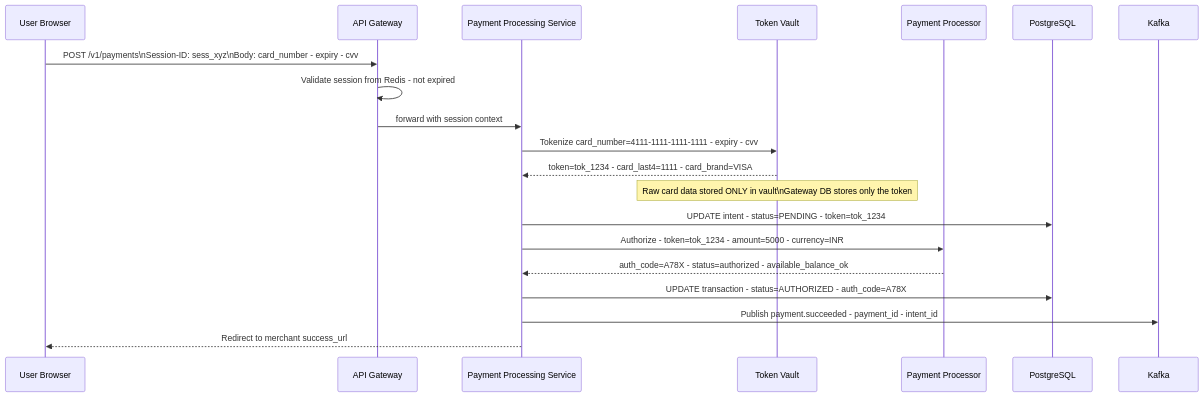
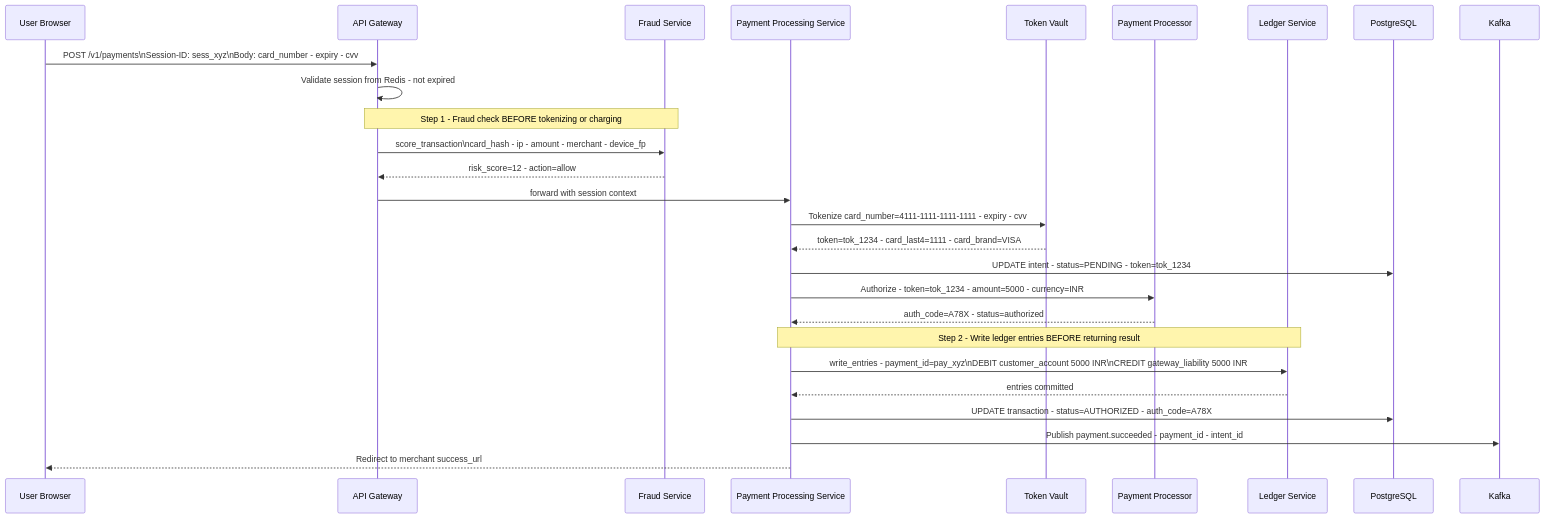
Before and after one commit to shyamalm88/MechineCoding: the fifth of 8 diagrams in system-design/payment-gateway-stripe.md, drawn with Mermaid. The commit also changed other lines of this file and 1 other file, not shown here.

Commit message:
updated payment gateway, config driven shopping cart

````diff
--- a/system-design/payment-gateway-stripe.md
+++ b/system-design/payment-gateway-stripe.md
@@ -318,26 +367,35 @@
 ```mermaid
 sequenceDiagram
     participant User as User Browser
     participant GW as API Gateway
+    participant Fraud as Fraud Service
     participant PPS as Payment Processing Service
     participant Vault as Token Vault
     participant Processor as Payment Processor
+    participant Ledger as Ledger Service
     participant DB as PostgreSQL
     participant Kafka as Kafka
 
     User->>GW: POST /v1/payments\nSession-ID: sess_xyz\nBody: card_number - expiry - cvv
     GW->>GW: Validate session from Redis - not expired
+
+    Note over GW,Fraud: Step 1 - Fraud check BEFORE tokenizing or charging
+    GW->>Fraud: score_transaction\ncard_hash - ip - amount - merchant - device_fp
+    Fraud-->>GW: risk_score=12 - action=allow
+
     GW->>PPS: forward with session context
-
     PPS->>Vault: Tokenize card_number=4111-1111-1111-1111 - expiry - cvv
     Vault-->>PPS: token=tok_1234 - card_last4=1111 - card_brand=VISA
-    Note over Vault: Raw card data stored ONLY in vault\nGateway DB stores only the token
 
     PPS->>DB: UPDATE intent - status=PENDING - token=tok_1234
     PPS->>Processor: Authorize - token=tok_1234 - amount=5000 - currency=INR
-    Processor-->>PPS: auth_code=A78X - status=authorized - available_balance_ok
+    Processor-->>PPS: auth_code=A78X - status=authorized
+
+    Note over PPS,Ledger: Step 2 - Write ledger entries BEFORE returning result
+    PPS->>Ledger: write_entries - payment_id=pay_xyz\nDEBIT customer_account 5000 INR\nCREDIT gateway_liability 5000 INR
+    Ledger-->>PPS: entries committed
 
     PPS->>DB: UPDATE transaction - status=AUTHORIZED - auth_code=A78X
     PPS->>Kafka: Publish payment.succeeded - payment_id - intent_id
     PPS-->>User: Redirect to merchant success_url
 ```
````
